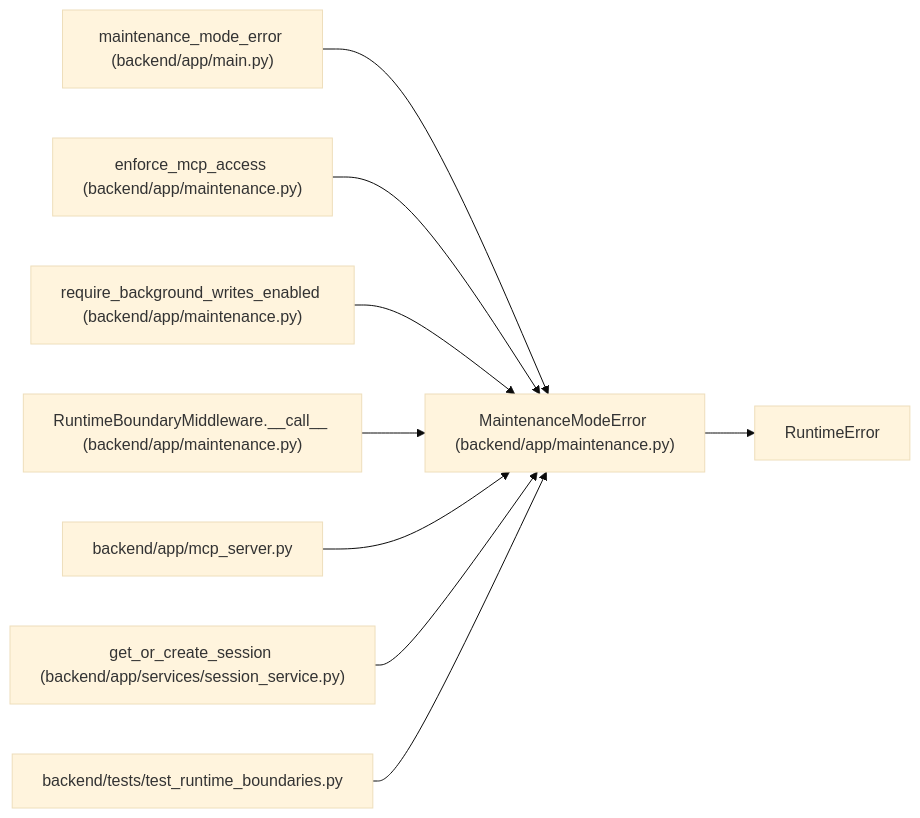
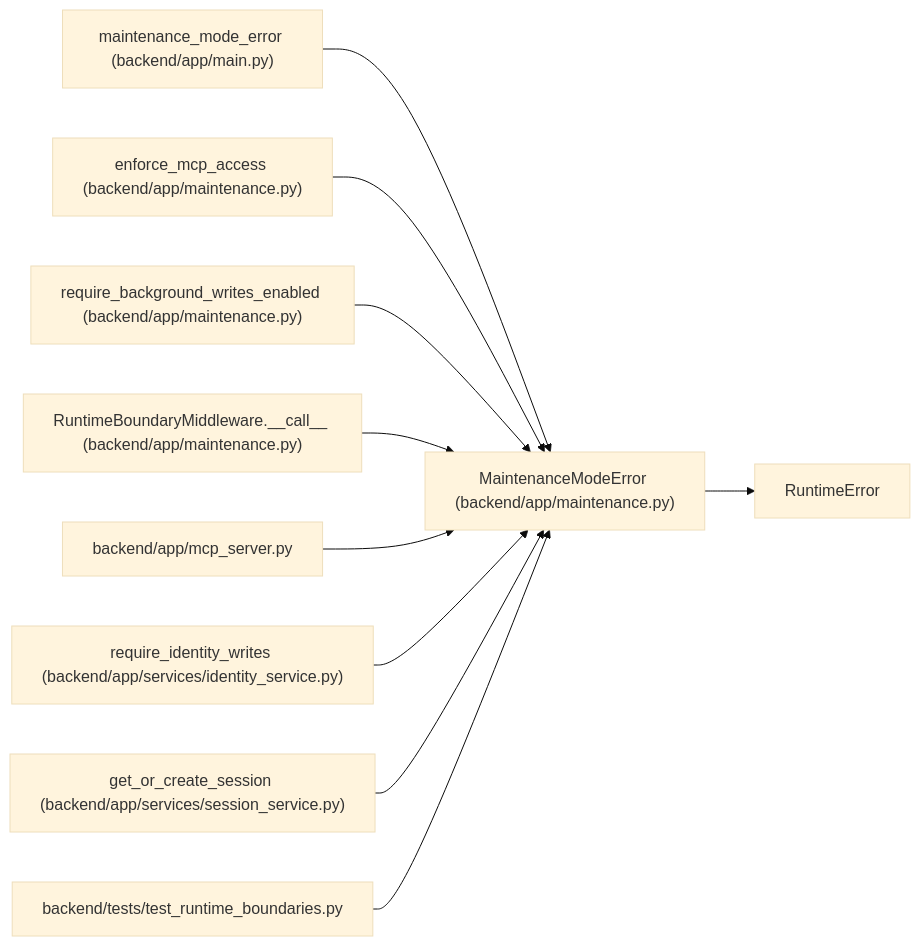
One commit to Denissvgn/WorkChord changed the diagram in docs/llm_wiki/entities/MaintenanceModeError.md. Above: the diagram before and after it, drawn with Mermaid (base theme). The commit also changed other lines of this file and 958 other files, not shown here.

First line of the commit message:
docs(wiki): refresh identity and recovery architecture

````diff
--- a/docs/llm_wiki/entities/MaintenanceModeError.md
+++ b/docs/llm_wiki/entities/MaintenanceModeError.md
@@ -26,28 +26,31 @@
 ```mermaid
 flowchart LR
     n0["MaintenanceModeError (backend/app/maintenance.py)"]
     n1["RuntimeError"]
     n2["maintenance_mode_error (backend/app/main.py)"]
     n3["enforce_mcp_access (backend/app/maintenance.py)"]
     n4["require_background_writes_enabled (backend/app/maintenance.py)"]
     n5["RuntimeBoundaryMiddleware.__call__ (backend/app/maintenance.py)"]
     n6["backend/app/mcp_server.py"]
-    n7["get_or_create_session (backend/app/services/session_service.py)"]
-    n8["backend/tests/test_runtime_boundaries.py"]
+    n7["require_identity_writes (backend/app/services/identity_service.py)"]
+    n8["get_or_create_session (backend/app/services/session_service.py)"]
+    n9["backend/tests/test_runtime_boundaries.py"]
     n0 --> n1
     n2 --> n0
     n3 --> n0
     n4 --> n0
     n5 --> n0
     n6 --> n0
     n7 --> n0
     n8 --> n0
+    n9 --> n0
     click n0 "../modules/maintenance.md"
     click n2 "../modules/app_main.md"
     click n3 "../modules/maintenance.md"
     click n4 "../modules/maintenance.md"
     click n5 "../modules/maintenance.md"
     click n6 "../modules/mcp_server.md"
-    click n7 "../modules/session_service.md"
-    click n8 "../modules/test_runtime_boundaries.md"
+    click n7 "../modules/identity_service.md"
+    click n8 "../modules/session_service.md"
+    click n9 "../modules/test_runtime_boundaries.md"
 ```
````
